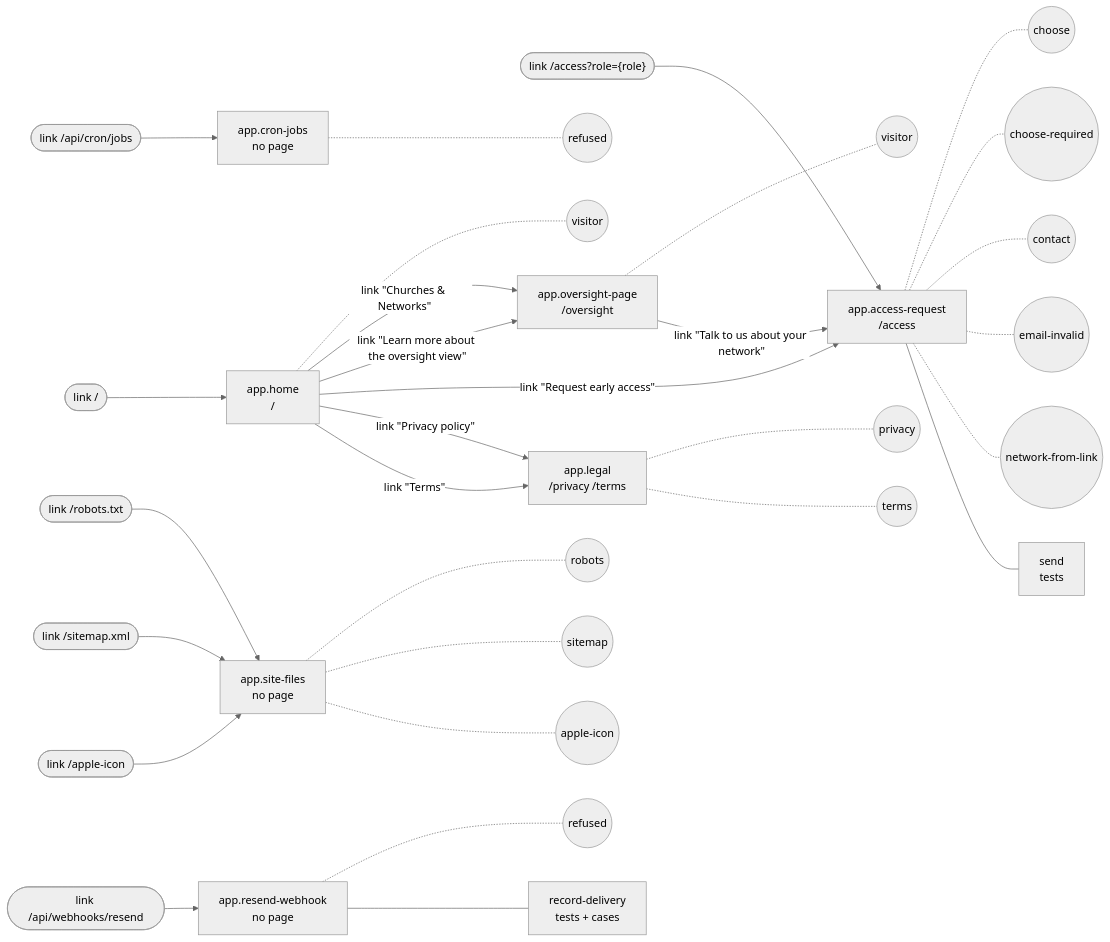
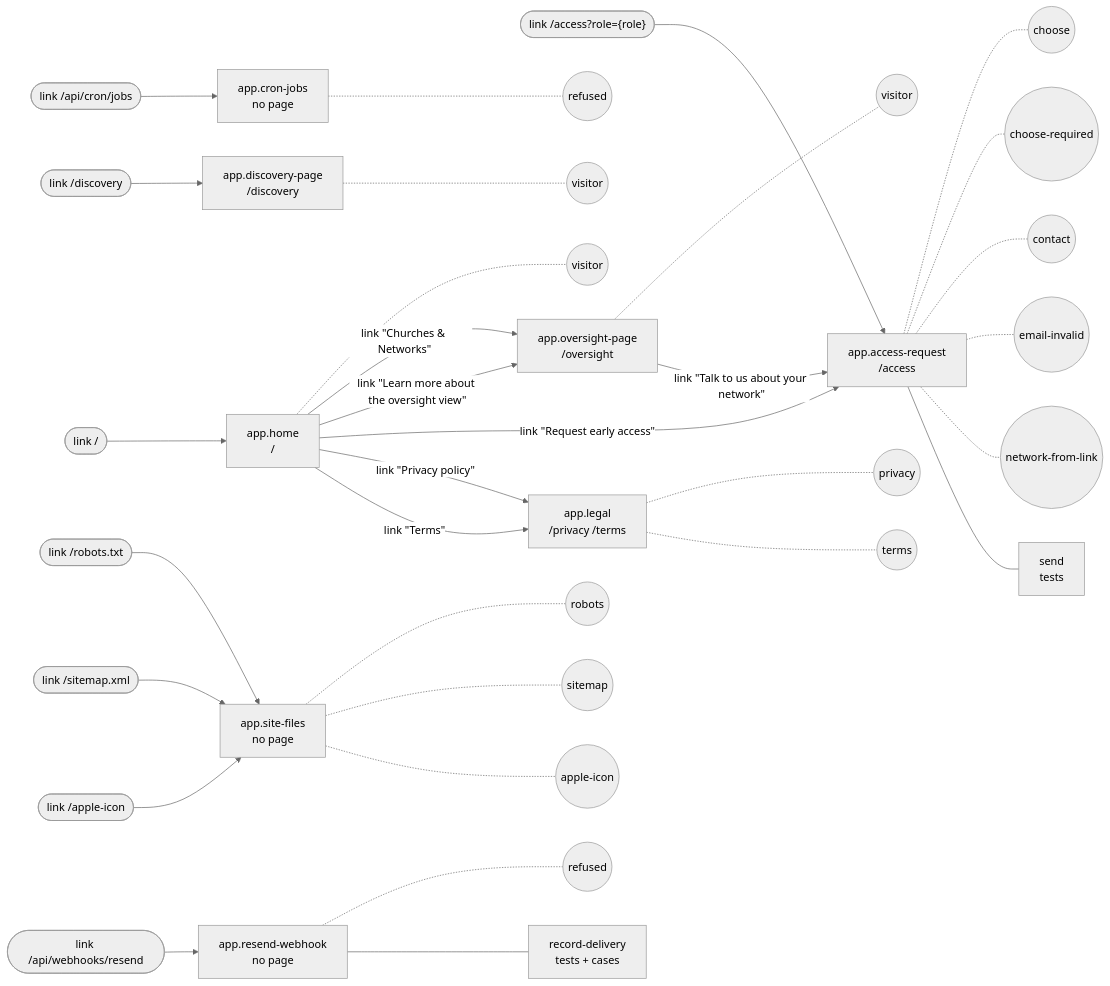
The diagram in docs/feature-maps/app.md (SebastianGarces/everyfield), drawn with Mermaid (neutral theme) before and after one commit. The commit also changed other lines of this file and 25 other files, not shown here.

First line of the commit message:
The public /discovery page, using v2 (layout C with A's headline) and Maya's approved copy. Build it only after T-661 pa

````diff
--- a/docs/feature-maps/app.md
+++ b/docs/feature-maps/app.md
@@ -6,46 +6,50 @@
 ```mermaid
 flowchart LR
   s0_link0(["link /api/cron/jobs"])
   s1_link0(["link /"])
-  s3_link2(["link /access?role={role}"])
-  s5_link0(["link /robots.txt"])
-  s5_link1(["link /sitemap.xml"])
-  s5_link2(["link /apple-icon"])
-  s6_link0(["link /api/webhooks/resend"])
+  s3_link0(["link /discovery"])
+  s4_link2(["link /access?role={role}"])
+  s6_link0(["link /robots.txt"])
+  s6_link1(["link /sitemap.xml"])
+  s6_link2(["link /apple-icon"])
+  s7_link0(["link /api/webhooks/resend"])
   s0["app.cron-jobs<br/>no page"]
   s0_link0 --> s0
   s0 -.- s0_st0(("refused"))
   s1["app.home<br/>/"]
   s1_link0 --> s1
   s1 -.- s1_st0(("visitor"))
   s2["app.oversight-page<br/>/oversight"]
   s1 -- "link #quot;Churches & Networks#quot;" --> s2
   s1 -- "link #quot;Learn more about the oversight view#quot;" --> s2
   s2 -.- s2_st0(("visitor"))
-  s3["app.access-request<br/>/access"]
-  s1 -- "link #quot;Request early access#quot;" --> s3
-  s2 -- "link #quot;Talk to us about your network#quot;" --> s3
-  s3_link2 --> s3
-  s3 -.- s3_st0(("choose"))
-  s3 -.- s3_st1(("choose-required"))
-  s3 -.- s3_st2(("contact"))
-  s3 -.- s3_st3(("email-invalid"))
-  s3 -.- s3_st4(("network-from-link"))
-  s3 --- s3_b0["send<br/>tests"]
-  s4["app.legal<br/>/privacy /terms"]
-  s1 -- "link #quot;Privacy policy#quot;" --> s4
-  s1 -- "link #quot;Terms#quot;" --> s4
-  s4 -.- s4_st0(("privacy"))
-  s4 -.- s4_st1(("terms"))
-  s5["app.site-files<br/>no page"]
-  s5_link0 --> s5
-  s5_link1 --> s5
-  s5_link2 --> s5
-  s5 -.- s5_st0(("robots"))
-  s5 -.- s5_st1(("sitemap"))
-  s5 -.- s5_st2(("apple-icon"))
-  s6["app.resend-webhook<br/>no page"]
+  s3["app.discovery-page<br/>/discovery"]
+  s3_link0 --> s3
+  s3 -.- s3_st0(("visitor"))
+  s4["app.access-request<br/>/access"]
+  s1 -- "link #quot;Request early access#quot;" --> s4
+  s2 -- "link #quot;Talk to us about your network#quot;" --> s4
+  s4_link2 --> s4
+  s4 -.- s4_st0(("choose"))
+  s4 -.- s4_st1(("choose-required"))
+  s4 -.- s4_st2(("contact"))
+  s4 -.- s4_st3(("email-invalid"))
+  s4 -.- s4_st4(("network-from-link"))
+  s4 --- s4_b0["send<br/>tests"]
+  s5["app.legal<br/>/privacy /terms"]
+  s1 -- "link #quot;Privacy policy#quot;" --> s5
+  s1 -- "link #quot;Terms#quot;" --> s5
+  s5 -.- s5_st0(("privacy"))
+  s5 -.- s5_st1(("terms"))
+  s6["app.site-files<br/>no page"]
   s6_link0 --> s6
-  s6 -.- s6_st0(("refused"))
-  s6 --- s6_b0["record-delivery<br/>tests + cases"]
+  s6_link1 --> s6
+  s6_link2 --> s6
+  s6 -.- s6_st0(("robots"))
+  s6 -.- s6_st1(("sitemap"))
+  s6 -.- s6_st2(("apple-icon"))
+  s7["app.resend-webhook<br/>no page"]
+  s7_link0 --> s7
+  s7 -.- s7_st0(("refused"))
+  s7 --- s7_b0["record-delivery<br/>tests + cases"]
 ```
````
